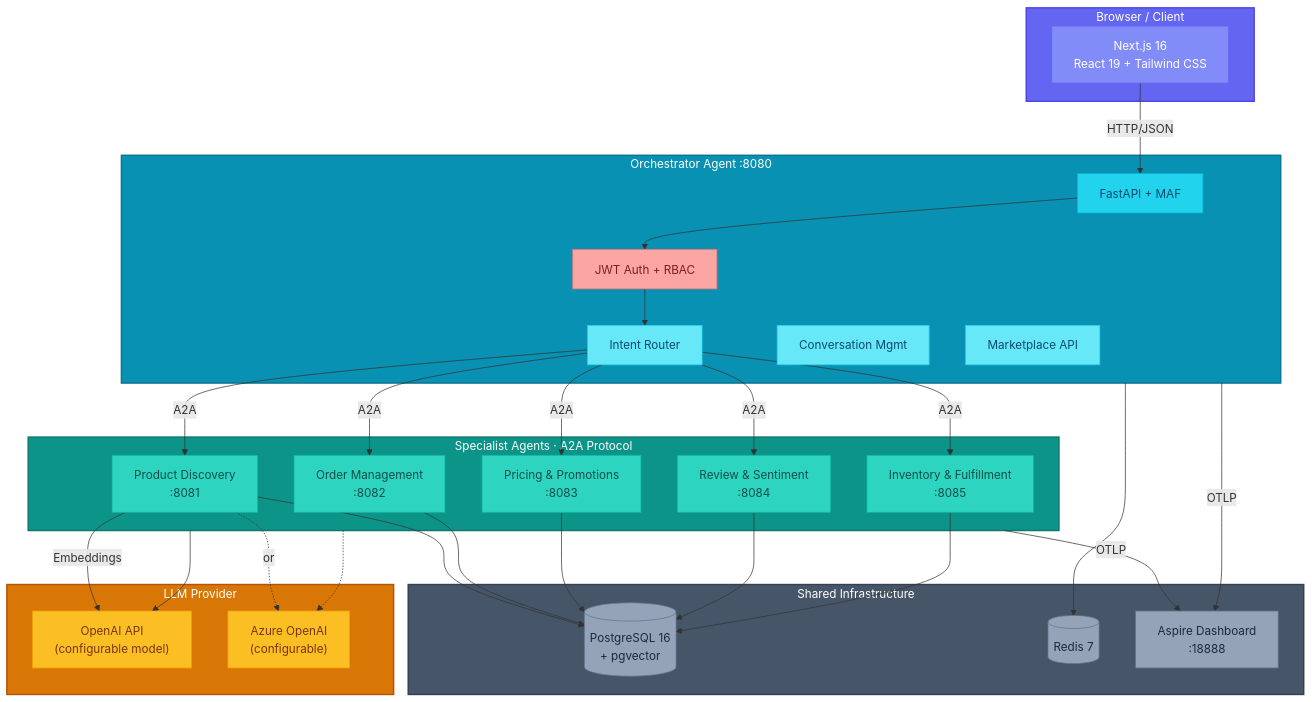
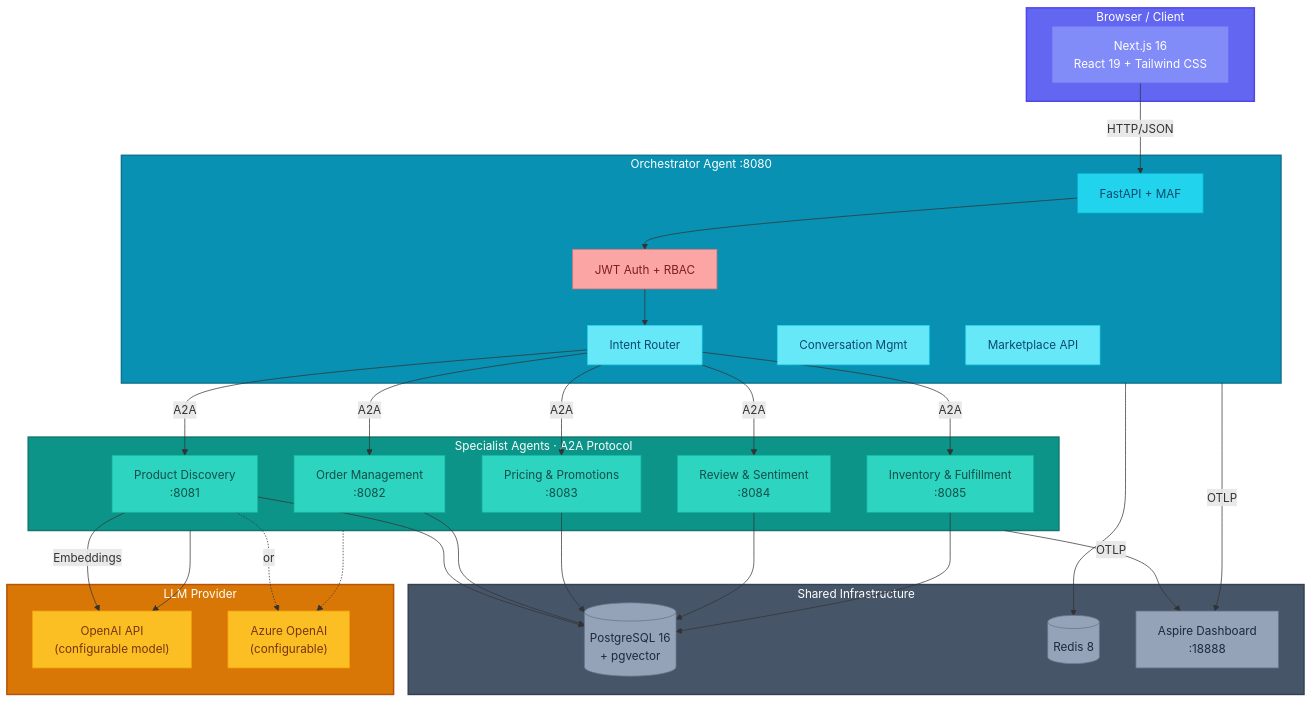
One commit to rakyma0228/eCommerce-agent changed the diagram in README.md. Above: the diagram before and after it, drawn with Mermaid. The commit also changed other lines of this file and 20 other files, not shown here.

First line of the commit message:
docs: sync README, CLAUDE.md and docs/ with the code (A2A 1.0, schema, deployment, API, nav) (#159)

```diff
--- a/README.md
+++ b/README.md
@@ -131,7 +131,7 @@
 
     subgraph Infrastructure["Shared Infrastructure"]
         PG[("PostgreSQL 16<br/>+ pgvector")]
-        RD[("Redis 7")]
+        RD[("Redis 8")]
         ASP["Aspire Dashboard<br/>:18888"]
     end
 
```
